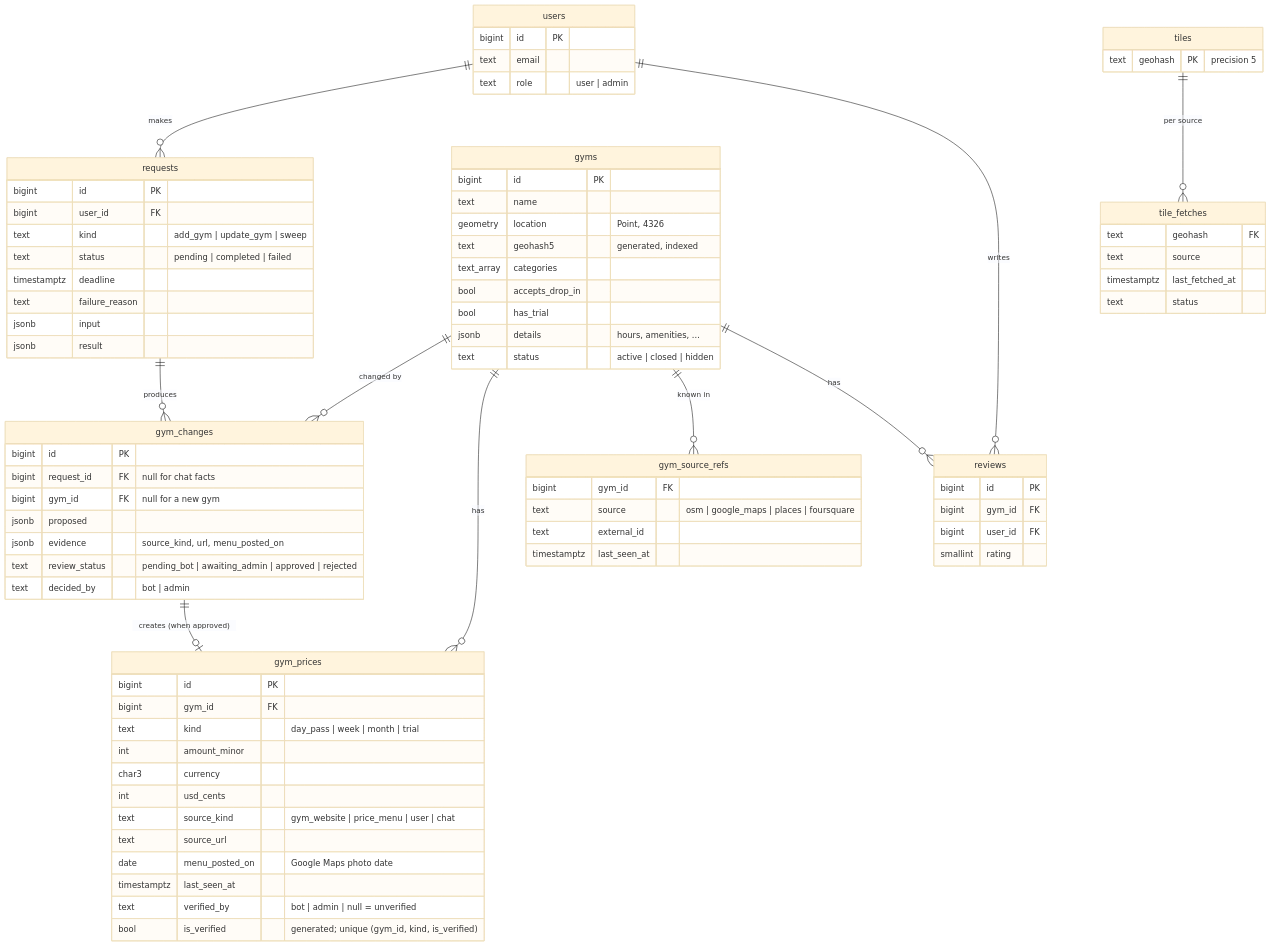
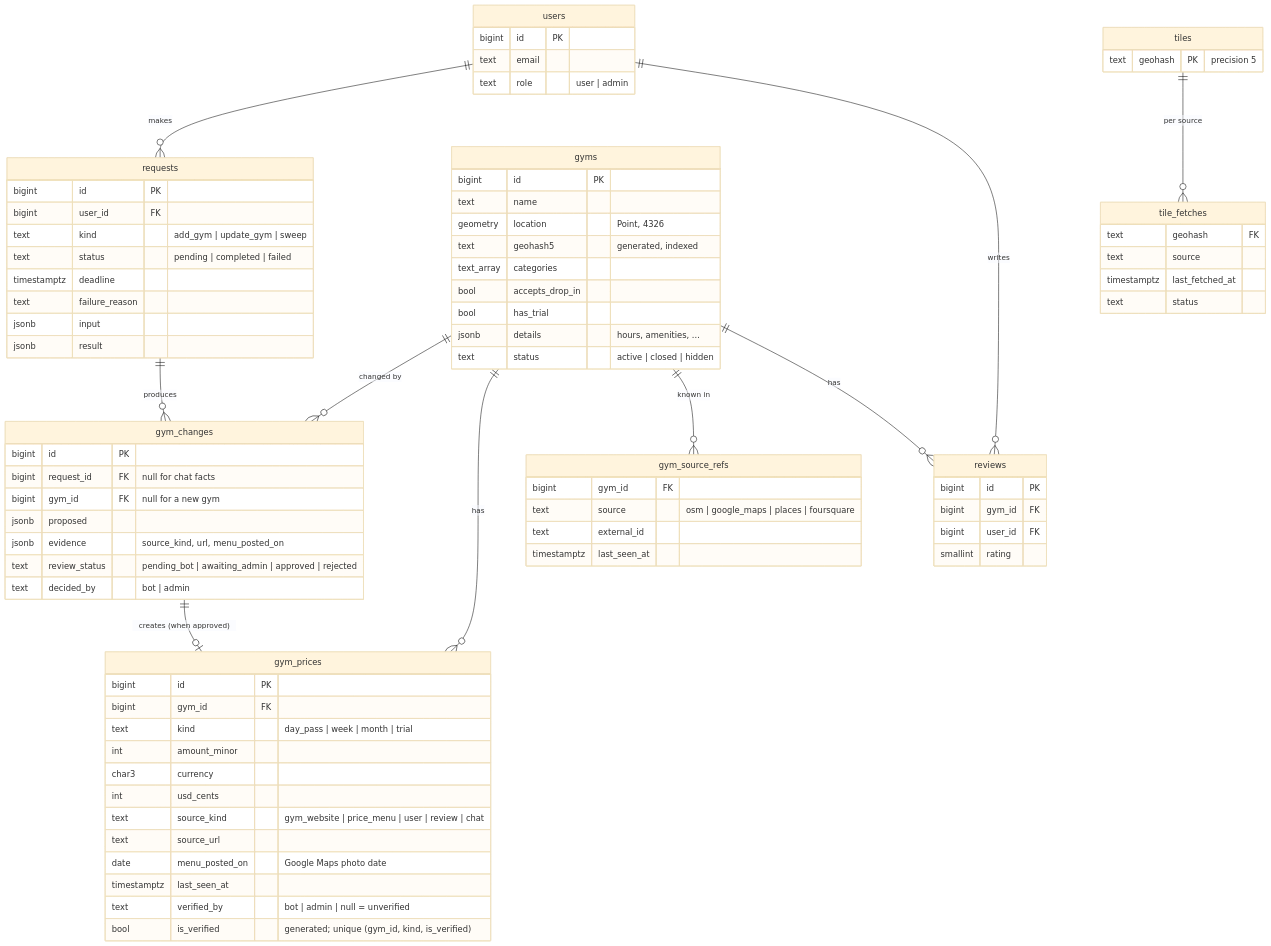
One commit to AbsentLung/TravelApp changed the fourth of 8 diagrams in STACK_AND_SCHEMA.md. Above: the diagram before and after it, drawn with Mermaid (base theme). The commit also changed other lines of this file and 2 other files, not shown here.

Commit message:
List sources of unverified prices; only admins verify them
Claude-Session: https://claude.ai/code/session_011tiSVkZxCjiRrkefj7aKXx

```diff
--- a/STACK_AND_SCHEMA.md
+++ b/STACK_AND_SCHEMA.md
@@ -268,7 +268,7 @@
         int amount_minor
         char3 currency
         int usd_cents
-        text source_kind "gym_website | price_menu | user | chat"
+        text source_kind "gym_website | price_menu | user | review | chat"
         text source_url
         date menu_posted_on "Google Maps photo date"
         timestamptz last_seen_at
```
